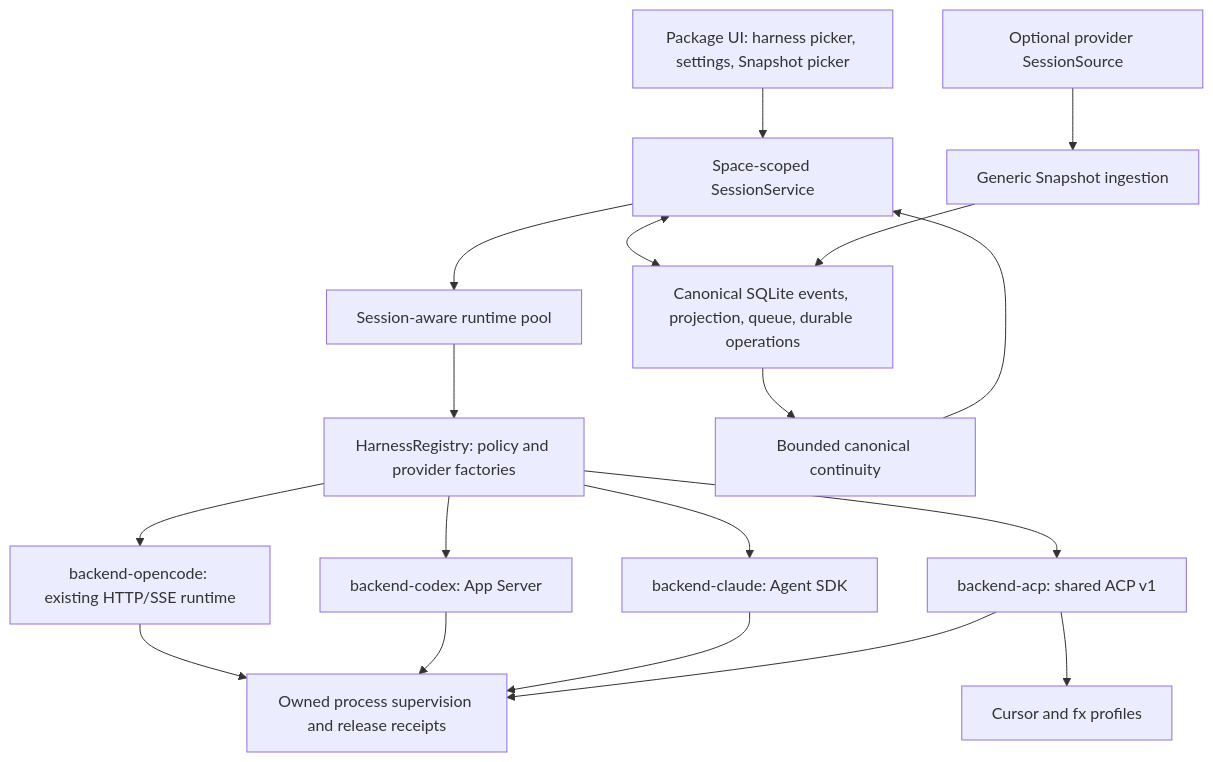
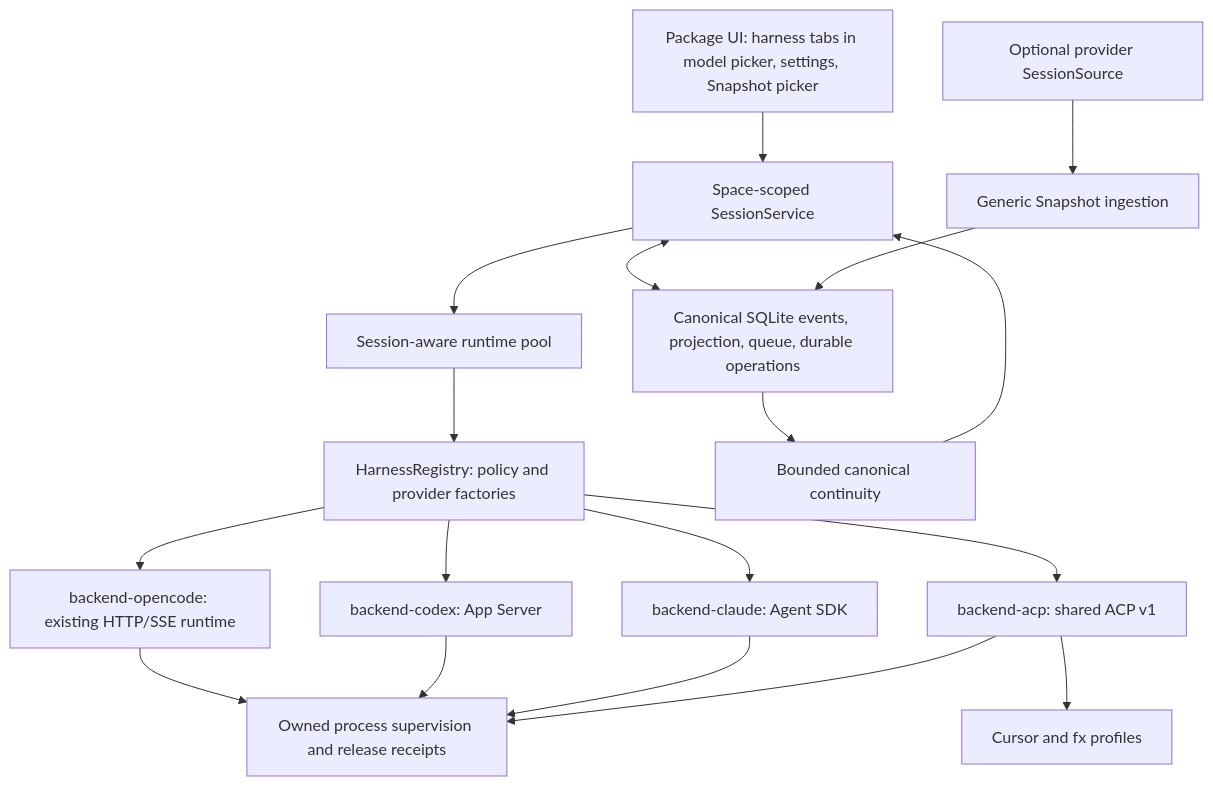
One commit to Polyth/Polyth changed the diagram in docs/architecture/multi-harness.md. Above: the diagram before and after it, drawn with Mermaid. The commit also changed other lines of this file and 29 other files, not shown here.

````diff
--- a/docs/architecture/multi-harness.md
+++ b/docs/architecture/multi-harness.md
@@ -9,20 +9,20 @@
 ```mermaid
 flowchart TD
-  UI[Package UI: harness picker, settings, Snapshot picker] --> SS[Space-scoped SessionService]
+  UI[Package UI: harness tabs in model picker, settings, Snapshot picker] --> SS[Space-scoped SessionService]
   SS <--> DB[Canonical SQLite events, projection, queue, durable operations]
   SS --> POOL[Session-aware runtime pool]
   POOL --> REG[HarnessRegistry: policy and provider factories]
   REG --> OC[backend-opencode: existing HTTP/SSE runtime]
   REG --> CX[backend-codex: App Server]
   REG --> CC[backend-claude: Agent SDK]
   REG --> ACP[backend-acp: shared ACP v1]
   ACP --> PROFILES[Cursor and fx profiles]
   OC --> AUTH[Owned process supervision and release receipts]
   CX --> AUTH
   CC --> AUTH
   ACP --> AUTH
   DB --> CTX[Bounded canonical continuity]
   CTX --> SS
   SOURCE[Optional provider SessionSource] --> SNAP[Generic Snapshot ingestion]
   SNAP --> DB
 ```
````
